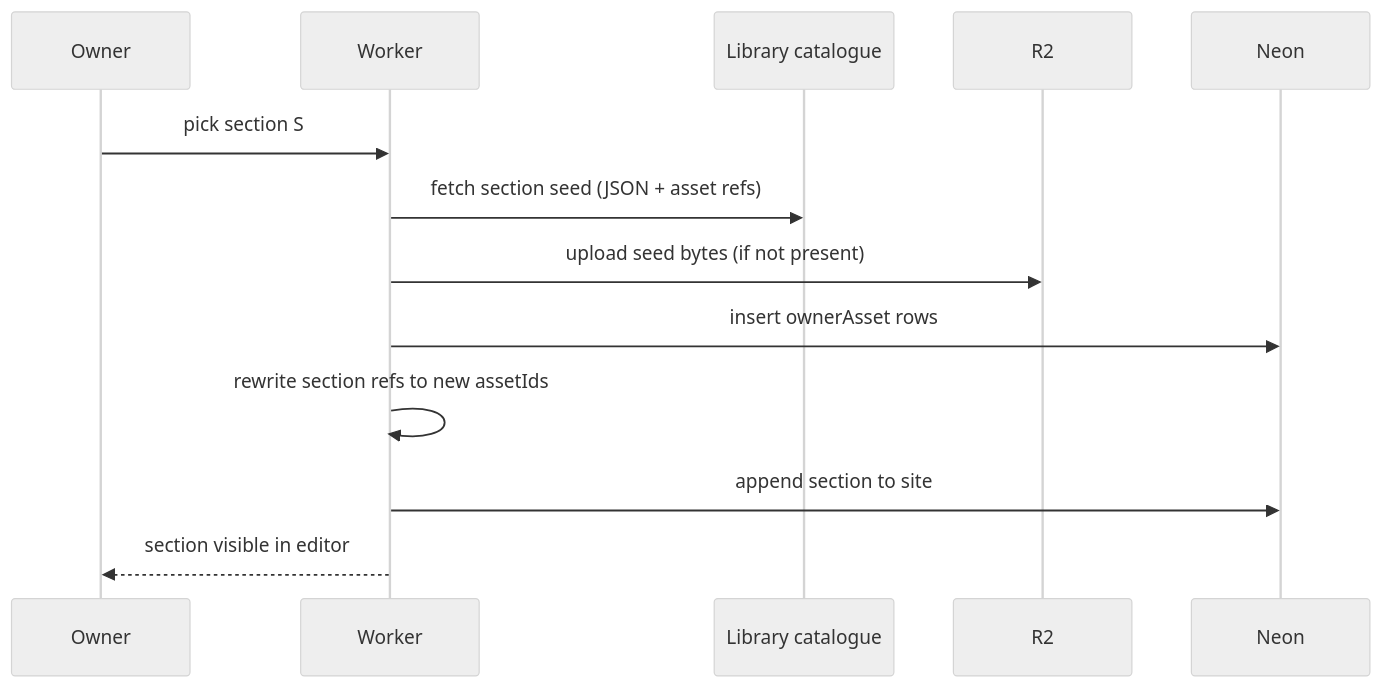
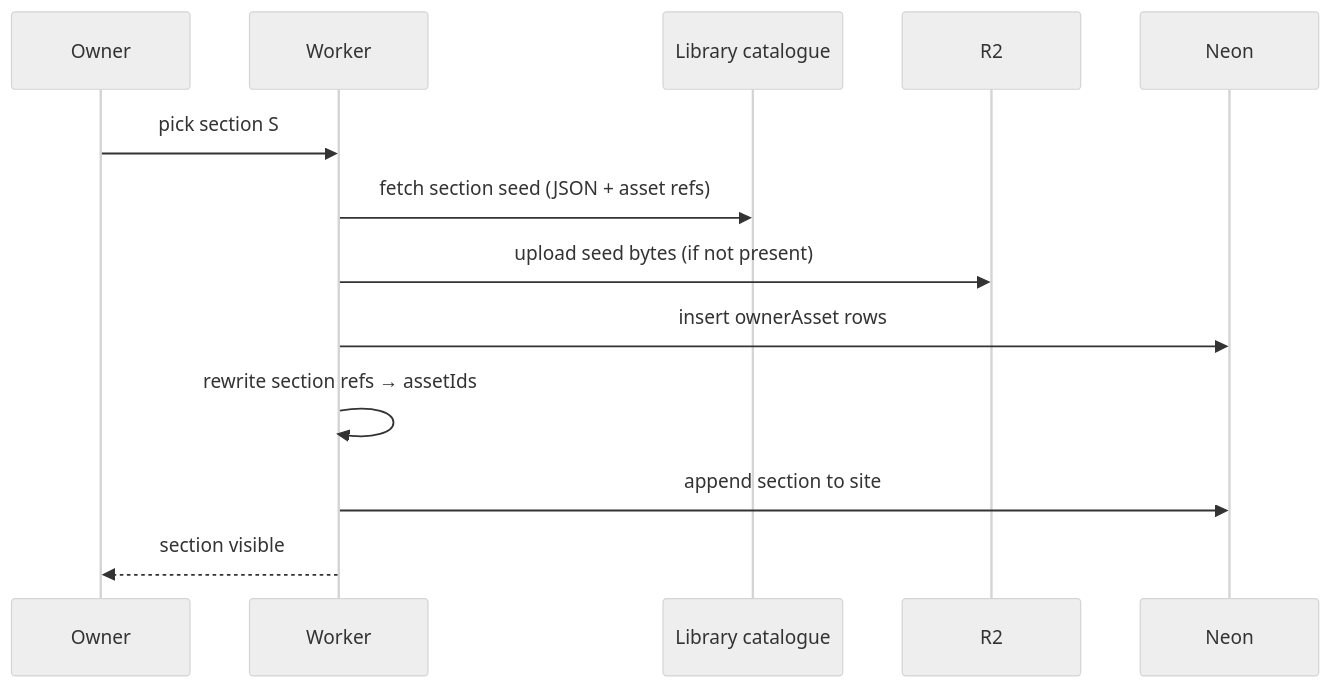
Before and after one commit to aayushman-singh/open-canvas: diagram 16 of 35 in docs/demo/diagrams/live-draw-reference.md, drawn with Mermaid (neutral theme). The commit also changed other lines of this file and 1 other file, not shown here.

````diff
--- a/docs/demo/diagrams/live-draw-reference.md
+++ b/docs/demo/diagrams/live-draw-reference.md
@@ -526,15 +518,15 @@
 ```mermaid
 sequenceDiagram
   participant Owner
   participant W as Worker
   participant Lib as Library catalogue
   participant R2
   participant DB as Neon
   Owner->>W: pick section S
   W->>Lib: fetch section seed (JSON + asset refs)
   W->>R2: upload seed bytes (if not present)
   W->>DB: insert ownerAsset rows
-  W->>W: rewrite section refs to new assetIds
+  W->>W: rewrite section refs → assetIds
   W->>DB: append section to site
-  W-->>Owner: section visible in editor
+  W-->>Owner: section visible
 ```
````
